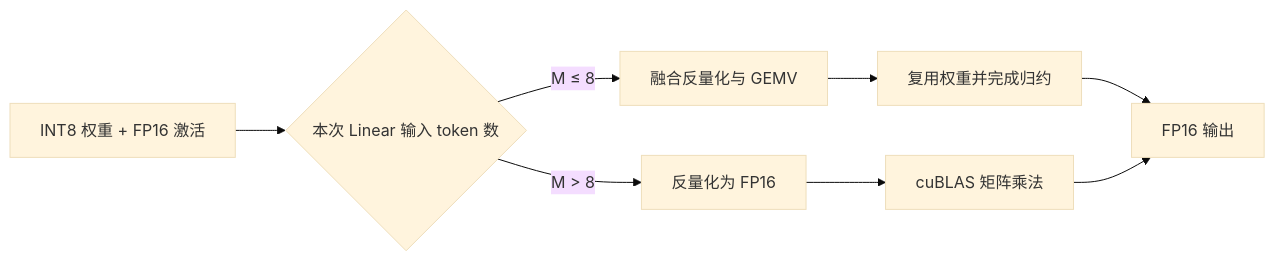
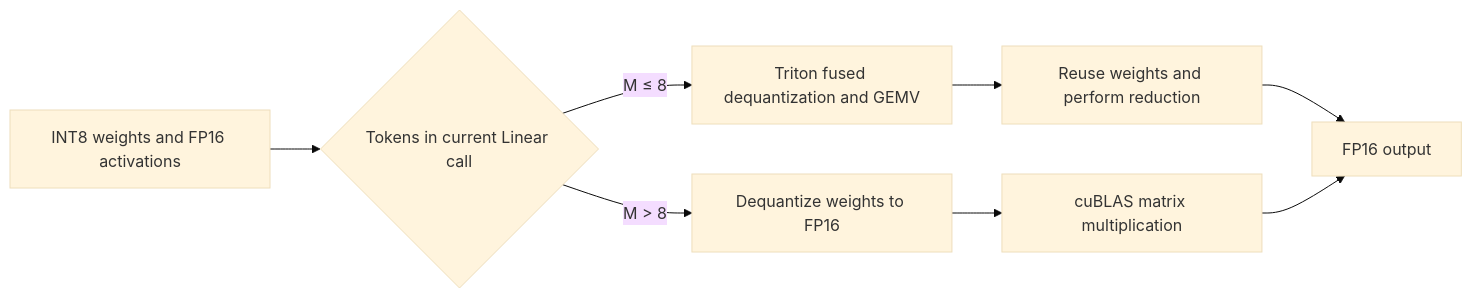
Before and after one commit to lostwithin/vllm: the diagram in README.md, drawn with Mermaid (base theme). The commit also changed other lines of this file, not shown here.

````diff
--- a/README.md
+++ b/README.md
@@ -13,10 +15,10 @@
 ```mermaid
 flowchart LR
-    A[INT8 权重 + FP16 激活] --> B{本次 Linear 输入 token 数}
-    B -->|M ≤ 8| C[融合反量化与 GEMV]
-    C --> D[复用权重并完成归约]
-    B -->|M > 8| E[反量化为 FP16]
-    E --> F[cuBLAS 矩阵乘法]
-    D --> G[FP16 输出]
+    A[INT8 weights and FP16 activations] --> B{Tokens in current Linear call}
+    B -->|M ≤ 8| C[Triton fused dequantization and GEMV]
+    C --> D[Reuse weights and perform reduction]
+    B -->|M > 8| E[Dequantize weights to FP16]
+    E --> F[cuBLAS matrix multiplication]
+    D --> G[FP16 output]
     F --> G
 ```
````
